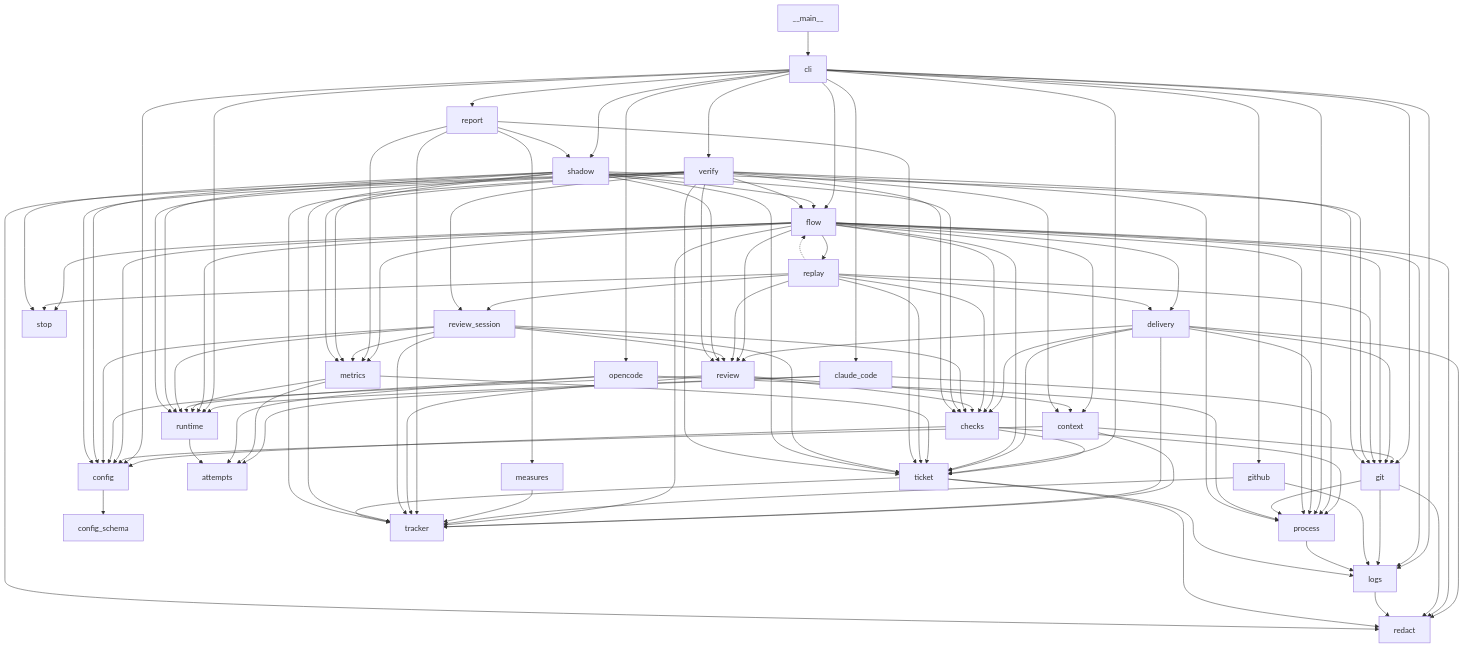
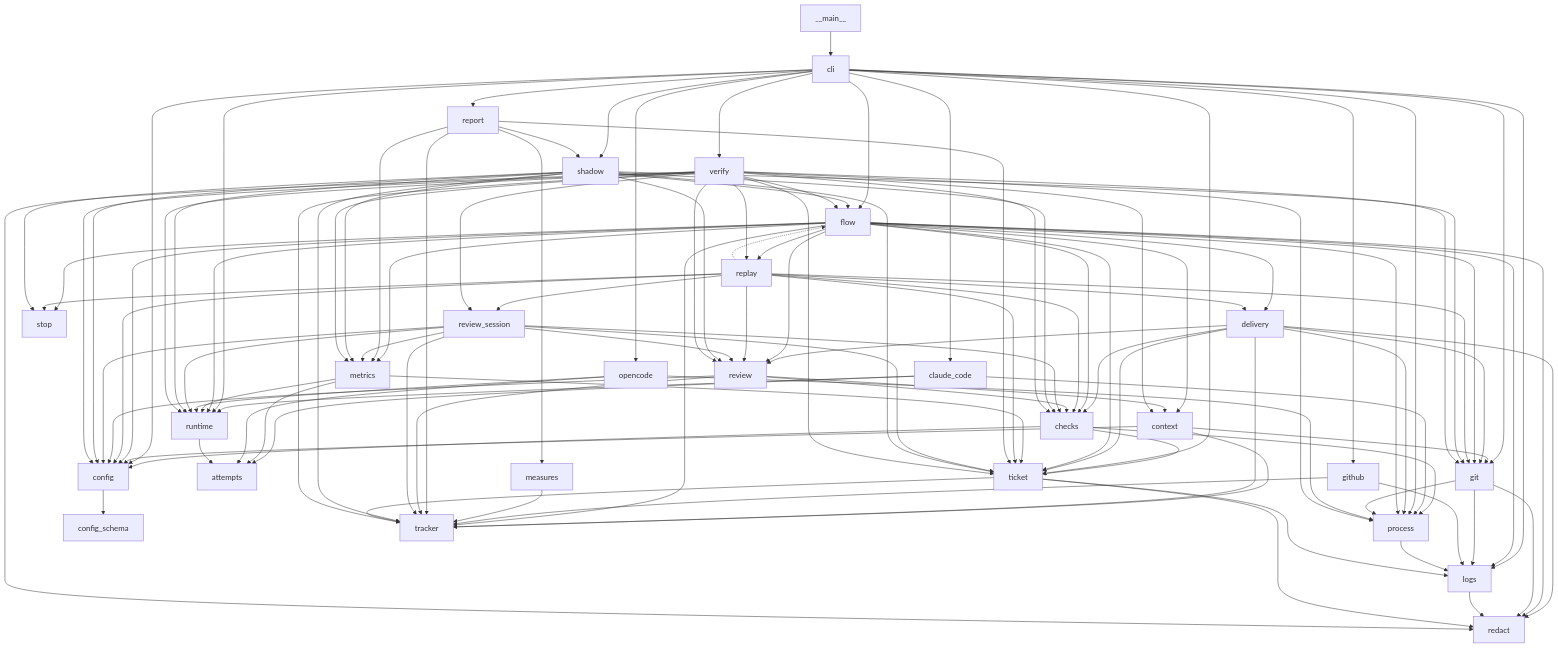
Before and after one commit to plaplanche/ariane: the first of 6 diagrams in docs/architecture/3-components.md, drawn with Mermaid. The commit also changed other lines of this file and 21 other files, not shown here.

```diff
--- a/docs/architecture/3-components.md
+++ b/docs/architecture/3-components.md
@@ -70,6 +70,7 @@
   opencode --> runtime
   process --> logs
   replay --> checks
+  replay --> config
   replay --> delivery
   replay -.-> flow
   replay --> git
@@ -115,6 +116,7 @@
   verify --> metrics
   verify --> process
   verify --> redact
+  verify --> replay
   verify --> review
   verify --> review_session
   verify --> runtime
```
